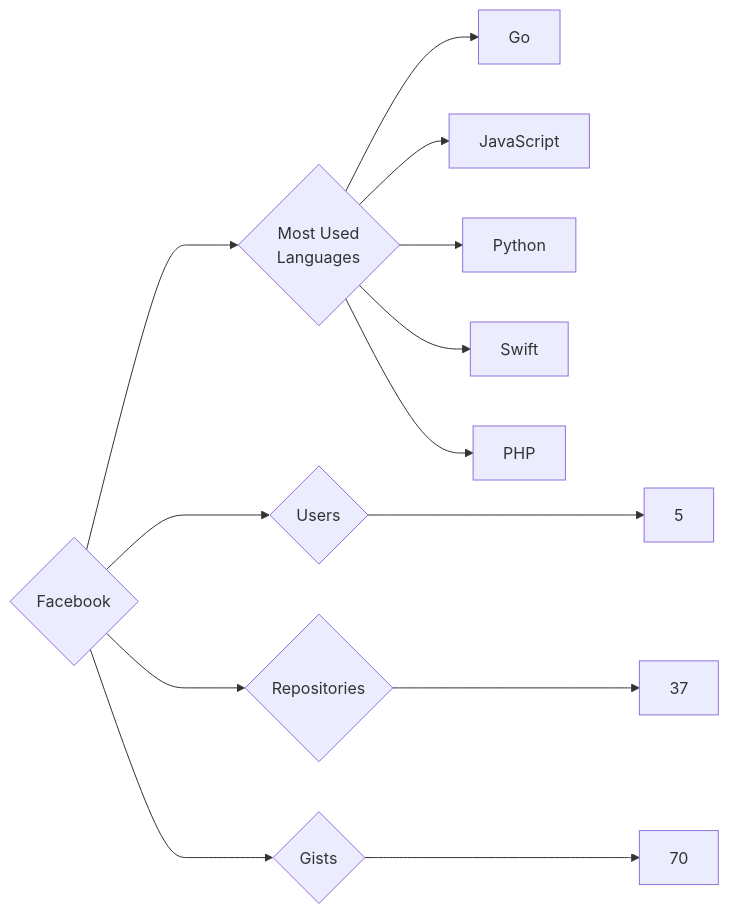
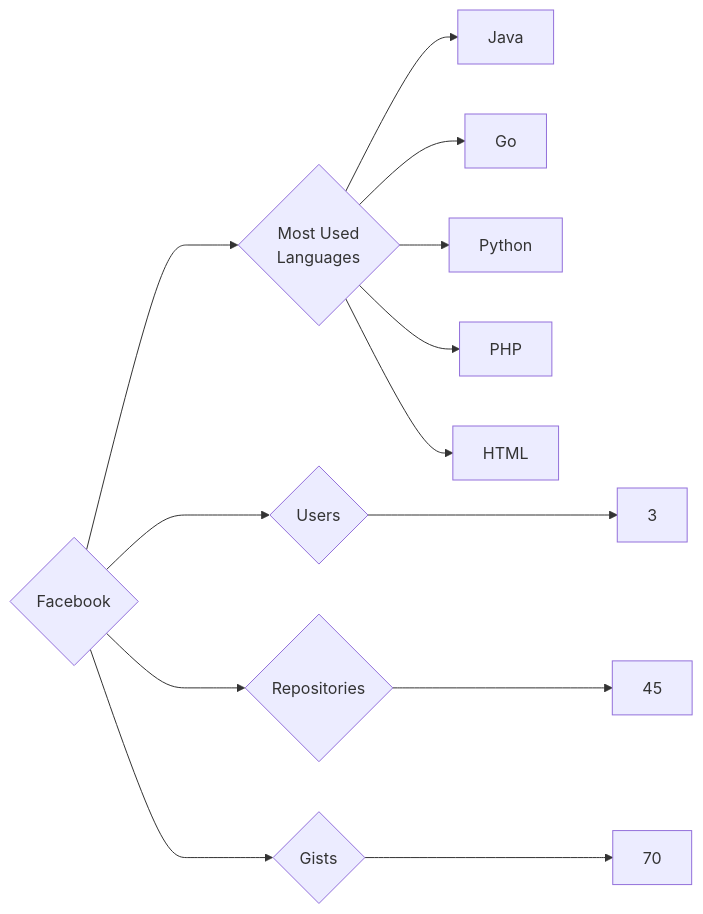
Before and after one commit to trickest/insiders: the diagram in targets/Facebook/README.md, drawn with Mermaid. The commit also changed 993 other files, not shown here.

````diff
--- a/targets/Facebook/README.md
+++ b/targets/Facebook/README.md
@@ -3,13 +3,13 @@
 ```mermaid
 graph LR
 COMPANY_NAME{Facebook}
-COMPANY_NAME ---> U{Users} ---> UN[5]
-COMPANY_NAME ---> R{Repositories} ---> RN[37]
+COMPANY_NAME ---> U{Users} ---> UN[3]
+COMPANY_NAME ---> R{Repositories} ---> RN[45]
 COMPANY_NAME ---> G{Gists} ---> GN[70]
 COMPANY_NAME ---> ML{Most Used<br>Languages}
+ML --> Java[Java]
 ML --> Go[Go]
-ML --> JavaScript[JavaScript]
 ML --> Python[Python]
-ML --> Swift[Swift]
 ML --> PHP[PHP]
+ML --> HTML[HTML]
 ```
````
